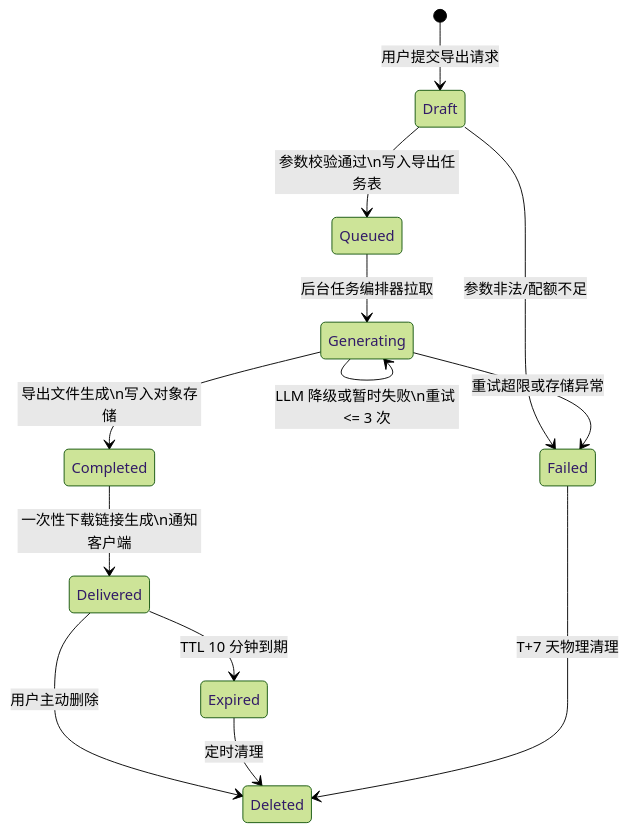
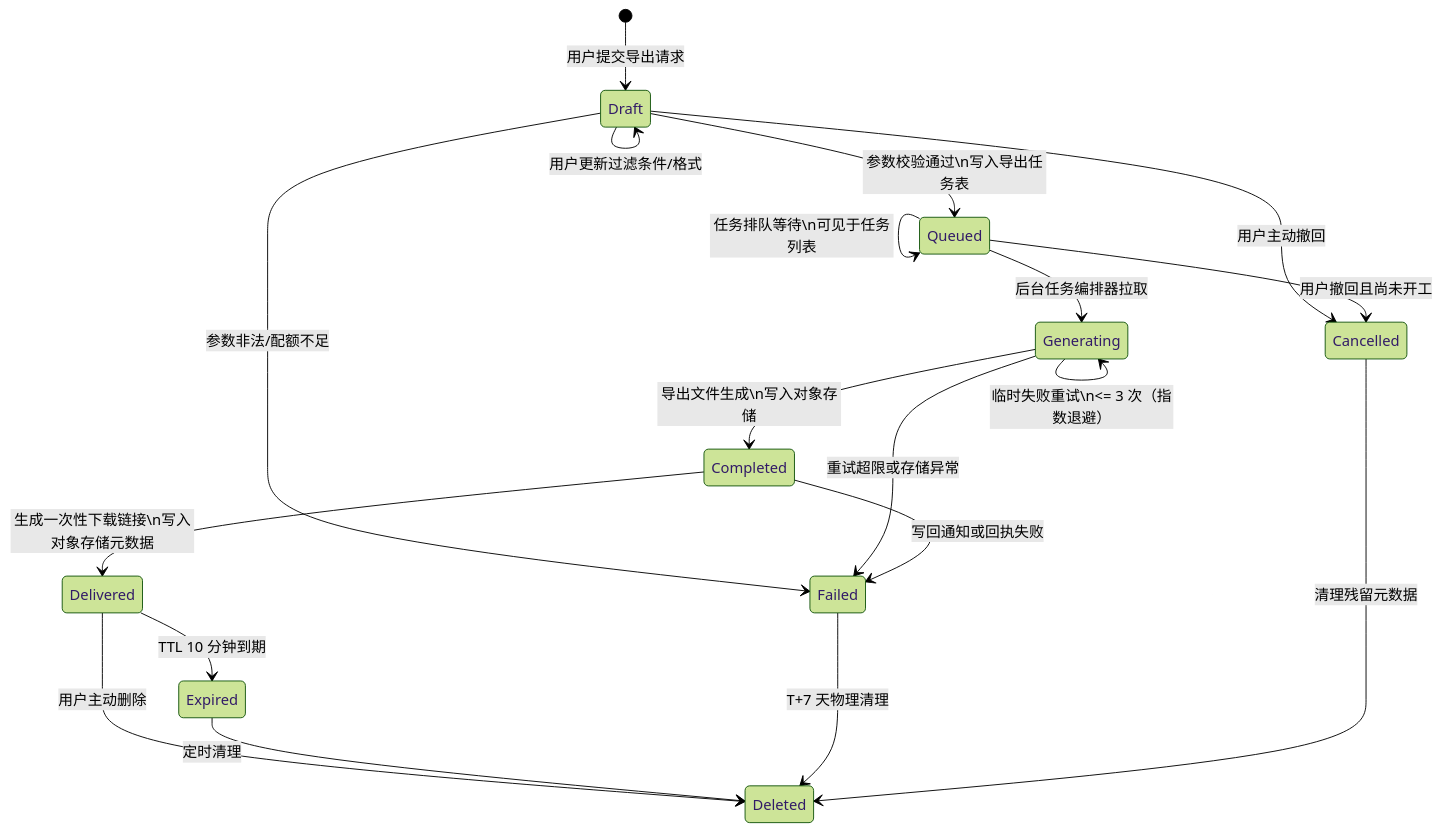
The third of 3 diagrams in doc/需求说明文档/Appendix/附录 C 图示（系统上下文、时序、状态机）.md (TaylorChyi/glancy), drawn with Mermaid (forest theme) before and after one commit. The commit also changed other lines of this file, not shown here.

Commit message:
完善附录C系统图示

````diff
--- a/doc/需求说明文档/Appendix/附录 C 图示（系统上下文、时序、状态机）.md
+++ b/doc/需求说明文档/Appendix/附录 C 图示（系统上下文、时序、状态机）.md
@@ -107,17 +147,25 @@
 ```mermaid
 stateDiagram-v2
     [*] --> Draft: 用户提交导出请求
+    Draft --> Draft: 用户更新过滤条件/格式
     Draft --> Queued: 参数校验通过\n写入导出任务表
     Draft --> Failed: 参数非法/配额不足
+    Draft --> Cancelled: 用户主动撤回
 
+    Queued --> Queued: 任务排队等待\n可见于任务列表
     Queued --> Generating: 后台任务编排器拉取
-    Generating --> Generating: LLM 降级或暂时失败\n重试 <= 3 次
+    Queued --> Cancelled: 用户撤回且尚未开工
+
+    Generating --> Generating: 临时失败重试\n<= 3 次（指数退避）
     Generating --> Completed: 导出文件生成\n写入对象存储
     Generating --> Failed: 重试超限或存储异常
 
-    Completed --> Delivered: 一次性下载链接生成\n通知客户端
+    Completed --> Delivered: 生成一次性下载链接\n写入对象存储元数据
+    Completed --> Failed: 写回通知或回执失败
+
     Delivered --> Expired: TTL 10 分钟到期
     Delivered --> Deleted: 用户主动删除
     Expired --> Deleted: 定时清理
     Failed --> Deleted: T+7 天物理清理
+    Cancelled --> Deleted: 清理残留元数据
 ```
````
